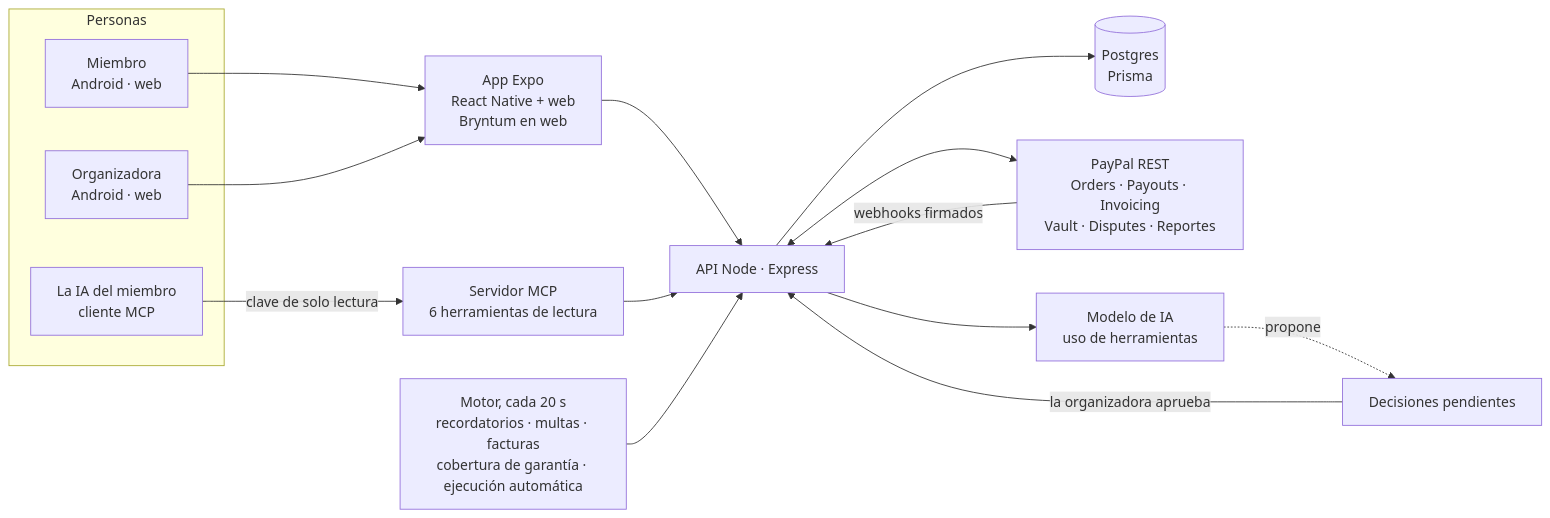
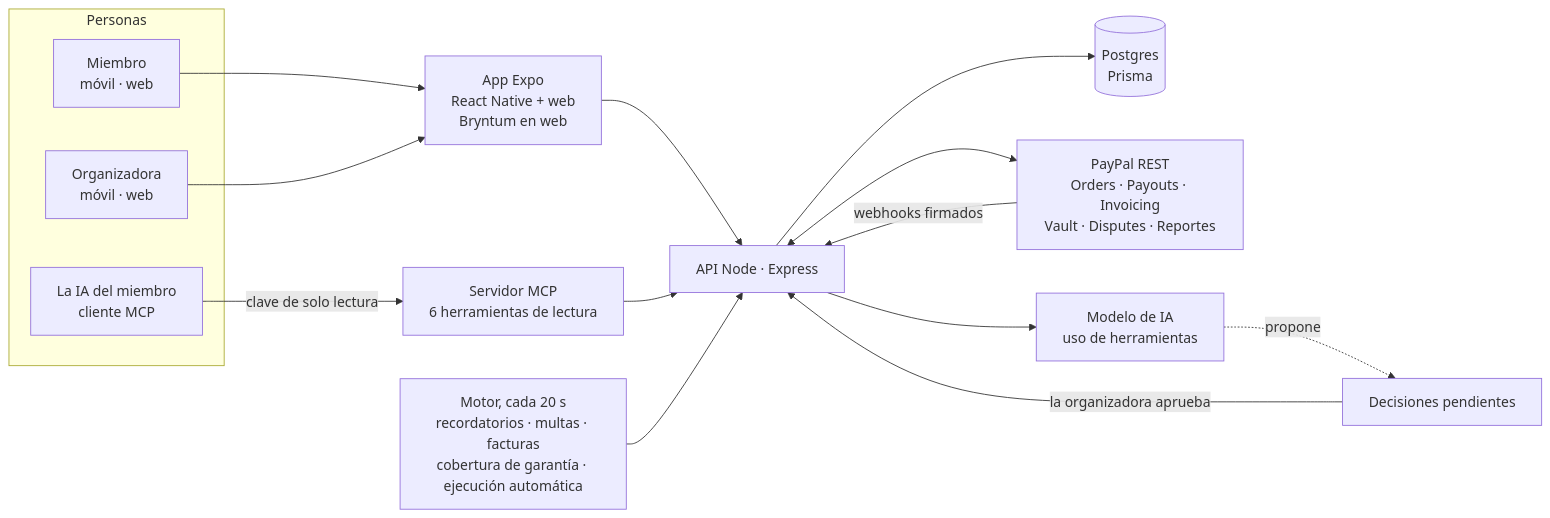
Before and after one commit to JkalasG/ayni: the diagram in README.es.md, drawn with Mermaid. The commit also changed other lines of this file and 25 other files, not shown here.

````diff
--- a/README.es.md
+++ b/README.es.md
@@ -282,18 +286,18 @@
 ```mermaid
 flowchart LR
   subgraph Personas
-    M[Miembro<br>Android · web]
-    O[Organizadora<br>Android · web]
+    M[Miembro<br>móvil · web]
+    O[Organizadora<br>móvil · web]
     X[La IA del miembro<br>cliente MCP]
   end
   M & O --> APP[App Expo<br>React Native + web<br>Bryntum en web]
   APP --> API[API Node · Express]
   X -- clave de solo lectura --> MCP[Servidor MCP<br>6 herramientas de lectura] --> API
   API --> DB[(Postgres<br>Prisma)]
   API <--> PP[PayPal REST<br>Orders · Payouts · Invoicing<br>Vault · Disputes · Reportes]
   PP -- webhooks firmados --> API
   API --> AI[Modelo de IA<br>uso de herramientas]
   AI -. propone .-> PA[Decisiones pendientes]
   PA -- la organizadora aprueba --> API
   ENG[Motor, cada 20 s<br>recordatorios · multas · facturas<br>cobertura de garantía · ejecución automática] --> API
 ```
````
